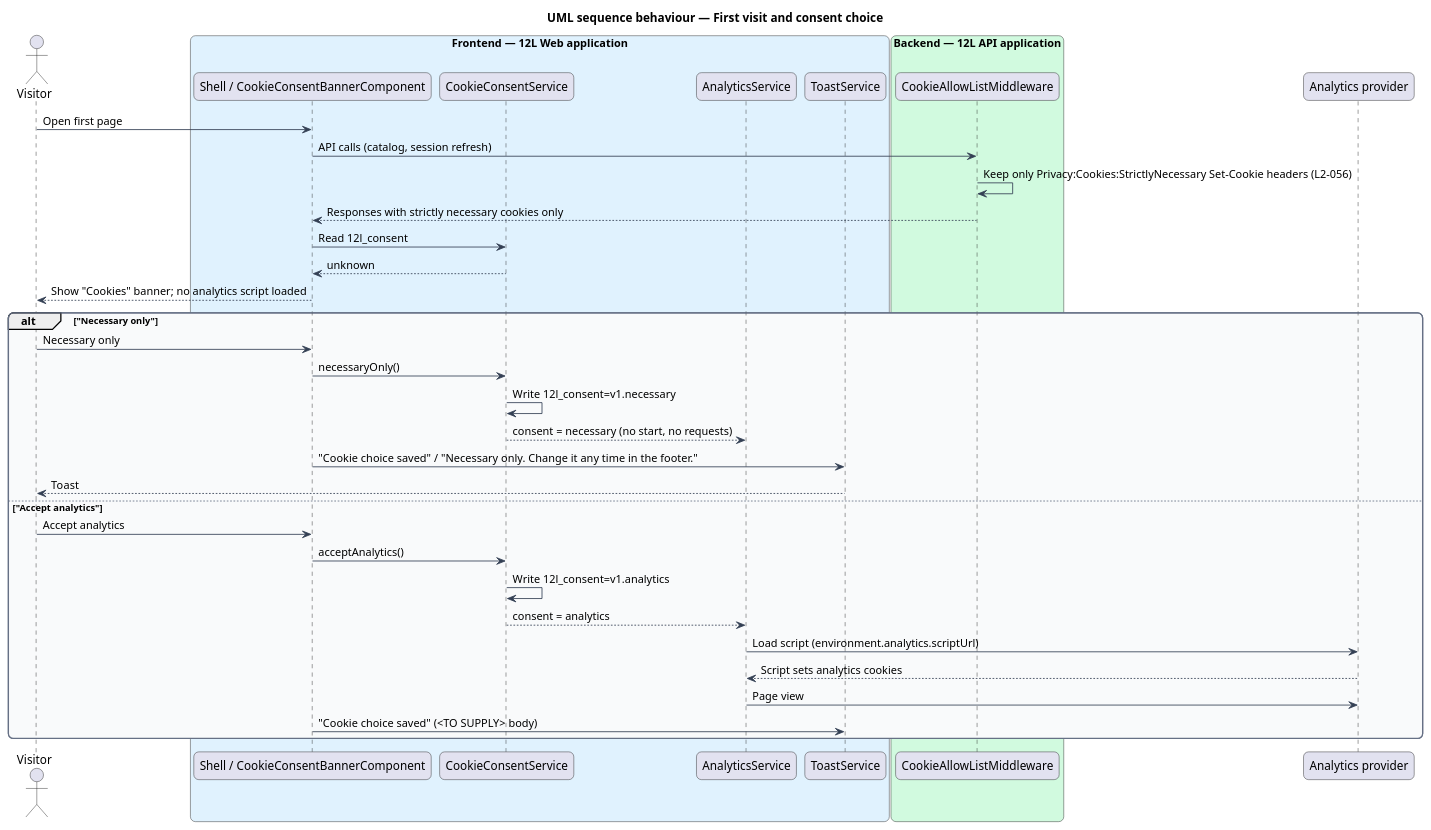
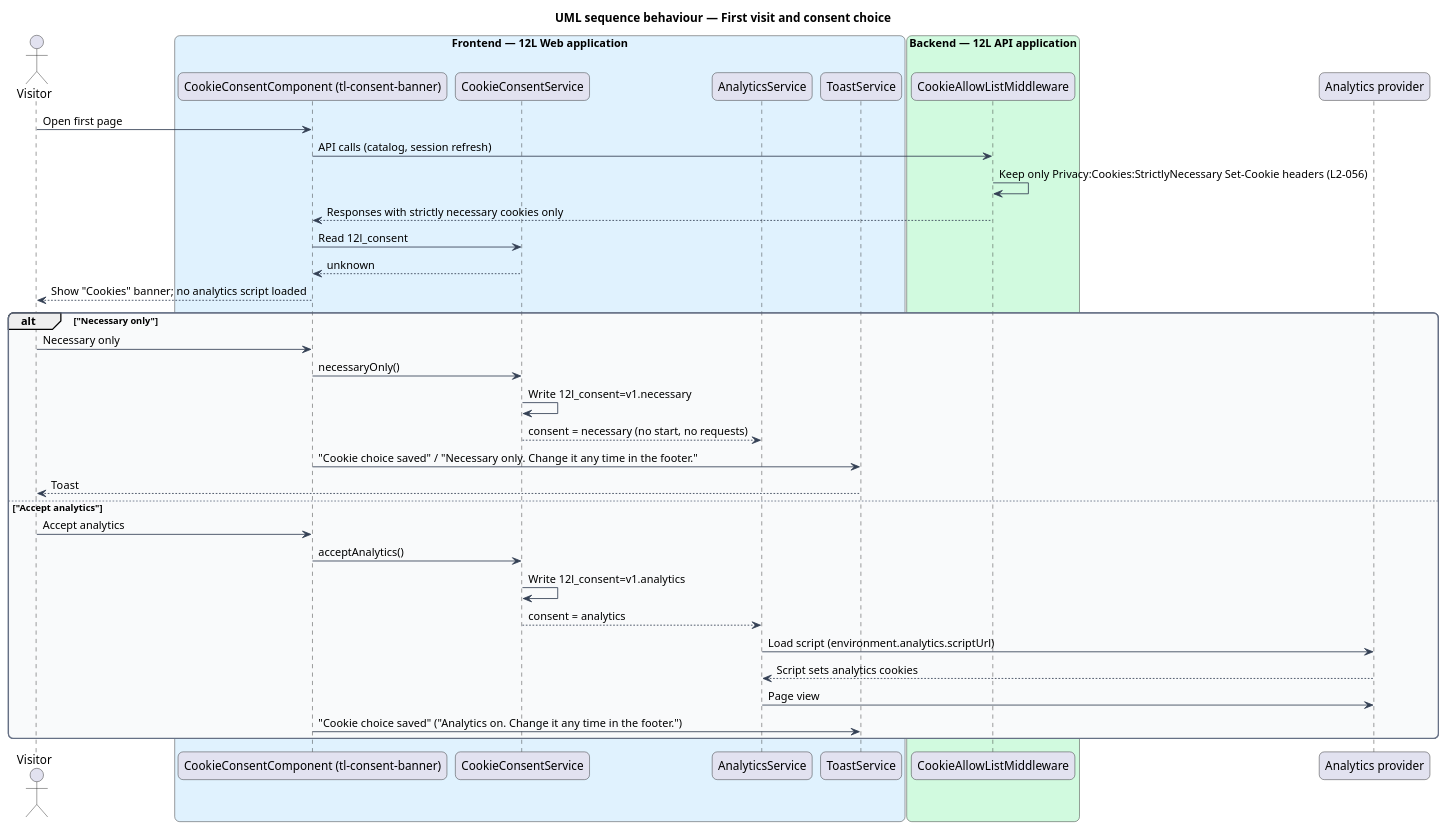
Before and after one commit to QuinntyneBrown/12l: the diagram in docs/detailed-designs/privacy/manage-cookie-consent/diagrams/sequence-first-visit.puml, drawn with PlantUML. The commit also changed 76 other files, not shown here.

Commit message:
Document manage-cookie-consent: design, ADR privacy/0001, L2-056, Consent banner, composition, estimates

```diff
--- a/docs/detailed-designs/privacy/manage-cookie-consent/diagrams/sequence-first-visit.puml
+++ b/docs/detailed-designs/privacy/manage-cookie-consent/diagrams/sequence-first-visit.puml
@@ -1,52 +1,52 @@
 @startuml
 title UML sequence behaviour — First visit and consent choice
 skinparam backgroundColor #FFFFFF
 skinparam shadowing false
 skinparam roundcorner 12
 skinparam defaultFontName Arial
 skinparam ArrowColor #344054
 skinparam rectangle {
   BorderColor #344054
   FontColor #101828
 }
 skinparam package {
   BorderColor #667085
   FontColor #101828
   BackgroundColor #F9FAFB
 }
 actor "Visitor" as actor
 box "Frontend — 12L Web application" #E0F2FE
-  participant "Shell / CookieConsentBannerComponent" as banner
+  participant "CookieConsentComponent (tl-consent-banner)" as banner
   participant "CookieConsentService" as consent
   participant "AnalyticsService" as analytics
   participant "ToastService" as toast
 end box
 box "Backend — 12L API application" #D1FADF
   participant "CookieAllowListMiddleware" as mw
 end box
 participant "Analytics provider" as provider
 actor -> banner : Open first page
 banner -> mw : API calls (catalog, session refresh)
 mw -> mw : Keep only Privacy:Cookies:StrictlyNecessary Set-Cookie headers (L2-056)
 mw --> banner : Responses with strictly necessary cookies only
 banner -> consent : Read 12l_consent
 consent --> banner : unknown
 banner --> actor : Show "Cookies" banner; no analytics script loaded
 alt "Necessary only"
   actor -> banner : Necessary only
   banner -> consent : necessaryOnly()
   consent -> consent : Write 12l_consent=v1.necessary
   consent --> analytics : consent = necessary (no start, no requests)
   banner -> toast : "Cookie choice saved" / "Necessary only. Change it any time in the footer."
   toast --> actor : Toast
 else "Accept analytics"
   actor -> banner : Accept analytics
   banner -> consent : acceptAnalytics()
   consent -> consent : Write 12l_consent=v1.analytics
   consent --> analytics : consent = analytics
   analytics -> provider : Load script (environment.analytics.scriptUrl)
   provider --> analytics : Script sets analytics cookies
   analytics -> provider : Page view
-  banner -> toast : "Cookie choice saved" (<TO SUPPLY> body)
+  banner -> toast : "Cookie choice saved" ("Analytics on. Change it any time in the footer.")
 end
 @enduml
```
